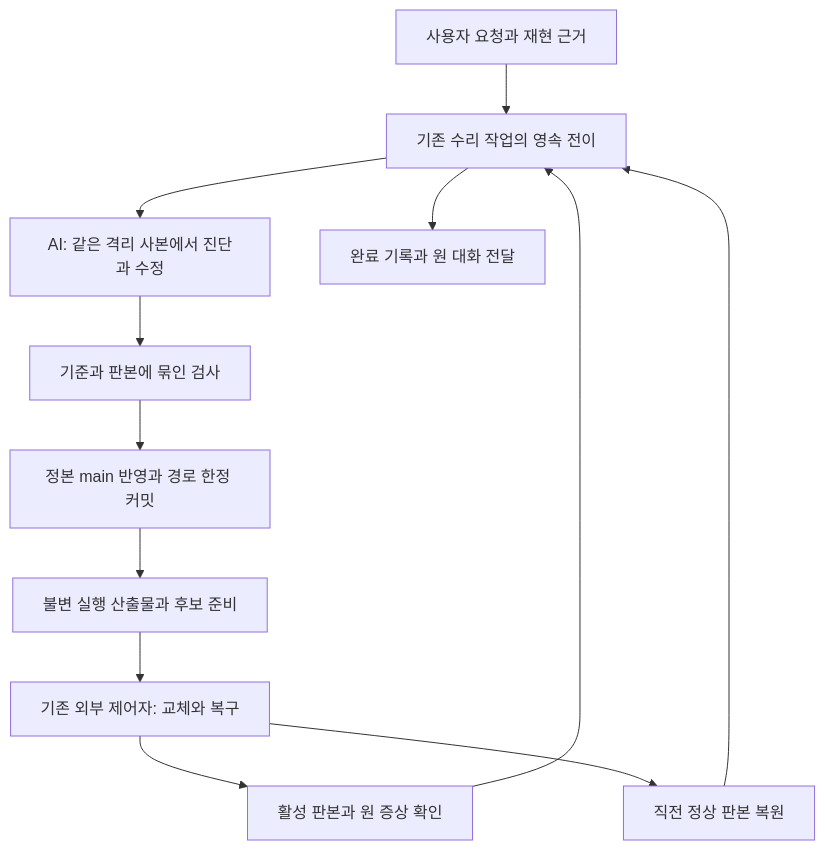
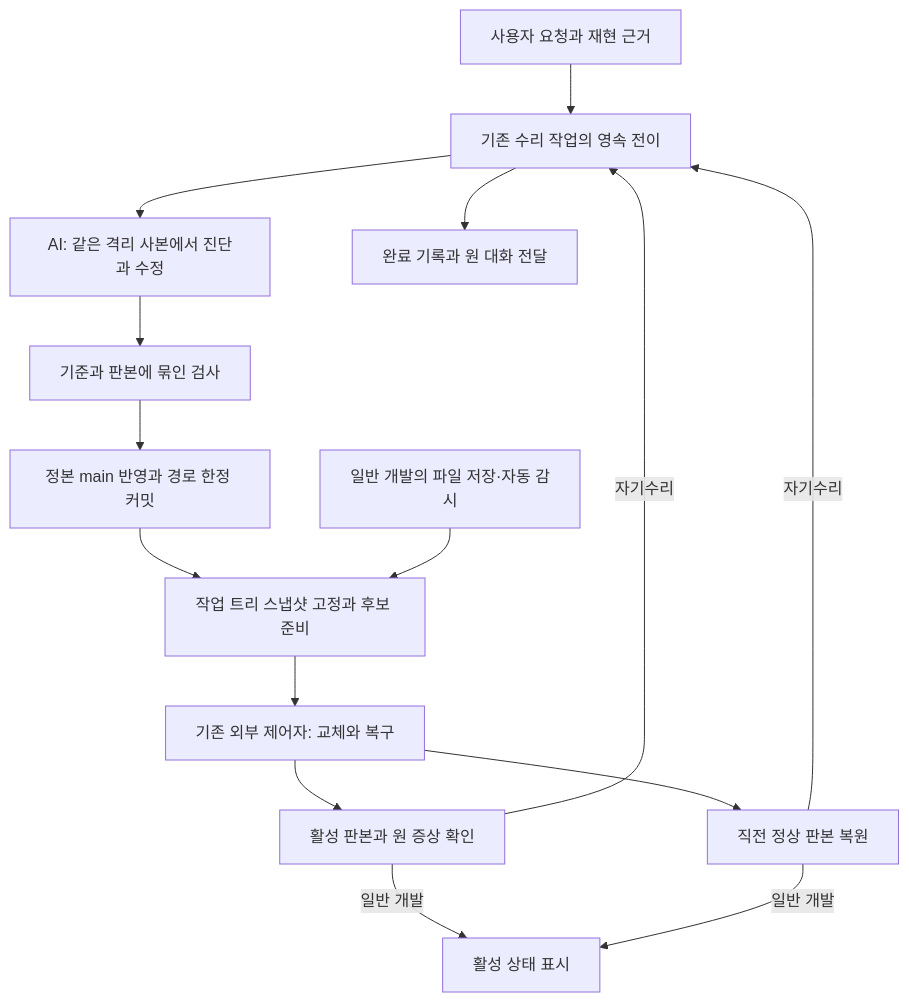
The diagram in docs/SELF_REPAIR_SYSTEM_REDESIGN_2026_10_27.md (kangkukjin/indiebizOS), drawn with Mermaid before and after one commit. The commit also changed other lines of this file, not shown here.

First line of the commit message:
docs: 자기수리 전체 완료 기준과 개발 세대 전환 설계 개정

````diff
--- a/docs/SELF_REPAIR_SYSTEM_REDESIGN_2026_10_27.md
+++ b/docs/SELF_REPAIR_SYSTEM_REDESIGN_2026_10_27.md
@@ -119,14 +136,17 @@
 ```mermaid
 flowchart TD
     U[사용자 요청과 재현 근거] --> R[기존 수리 작업의 영속 전이]
     R --> W[AI: 같은 격리 사본에서 진단과 수정]
     W --> V[기준과 판본에 묶인 검사]
     V --> C[정본 main 반영과 경로 한정 커밋]
-    C --> B[불변 실행 산출물과 후보 준비]
+    C --> B[작업 트리 스냅샷 고정과 후보 준비]
+    F[일반 개발의 파일 저장·자동 감시] --> B
     B --> K[기존 외부 제어자: 교체와 복구]
     K --> A[활성 판본과 원 증상 확인]
-    A --> R
+    A -->|자기수리| R
+    A -->|일반 개발| X[활성 상태 표시]
     R --> D[완료 기록과 원 대화 전달]
     K --> L[직전 정상 판본 복원]
-    L --> R
+    L -->|자기수리| R
+    L -->|일반 개발| X
 ```
````
